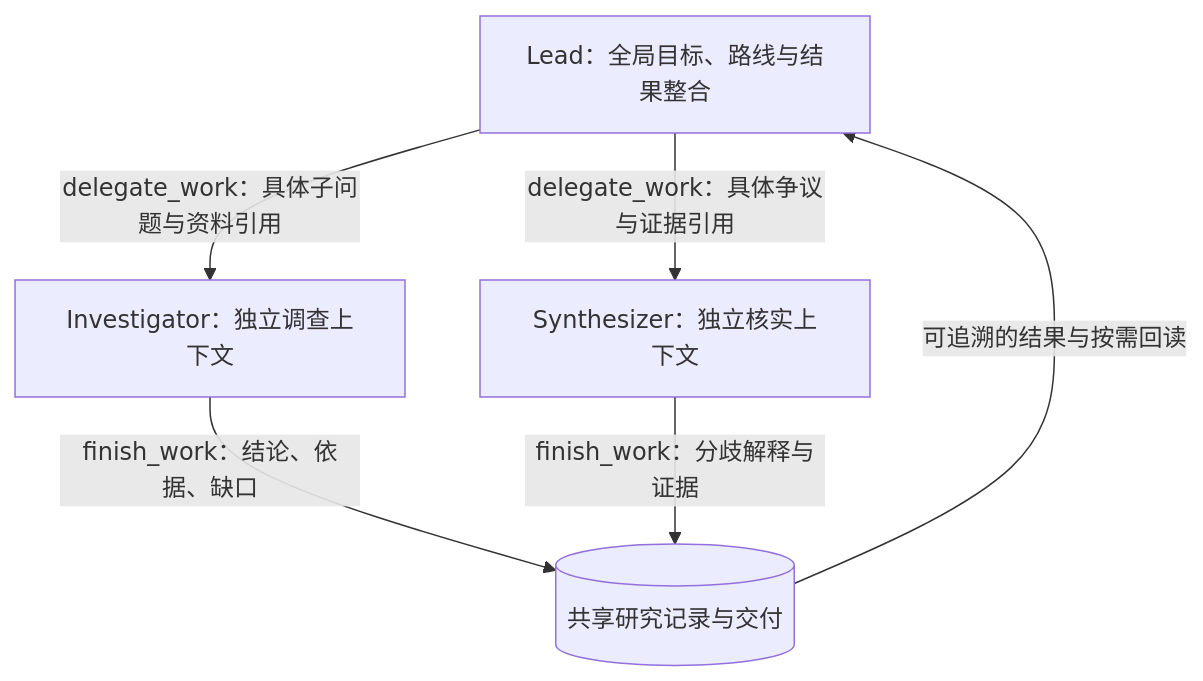
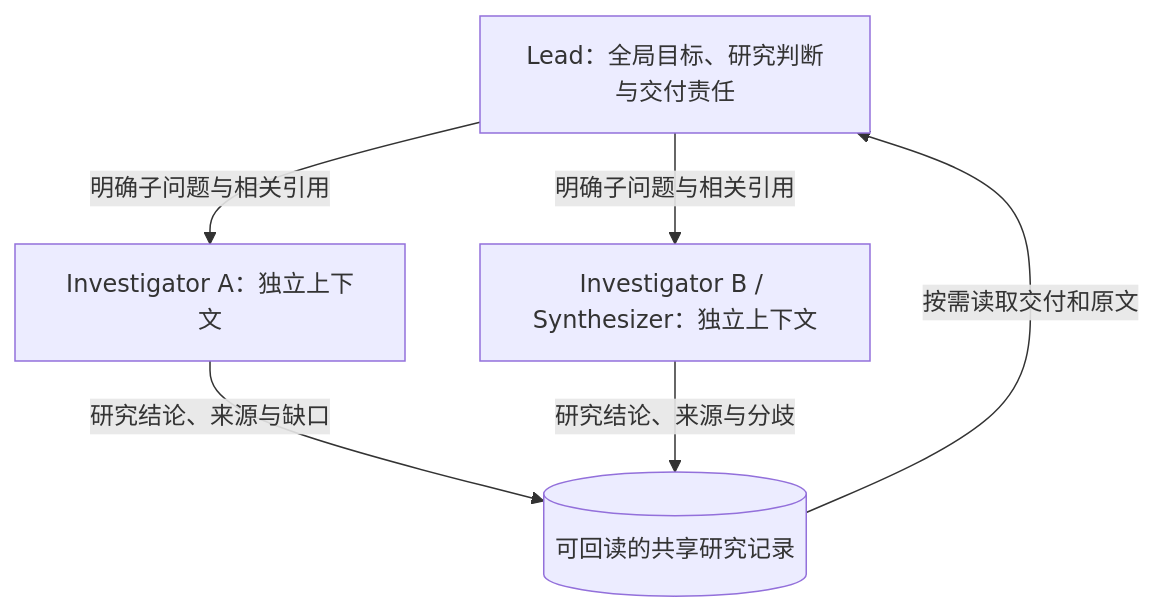
Before and after one commit to studyzhige-ui/Epivra: the third of 5 diagrams in docs/technical-handbook/01-overview.md, drawn with Mermaid. The commit also changed other lines of this file, not shown here.

Commit message:
docs: revise chapter 01 for architecture reasoning, interview depth and clean chapter boundaries

````diff
--- a/docs/technical-handbook/01-overview.md
+++ b/docs/technical-handbook/01-overview.md
@@ -123,9 +96,9 @@
 ```mermaid
 flowchart TD
-    L["Lead：全局目标、路线与结果整合"]
-    L -->|"delegate_work：具体子问题与资料引用"| A["Investigator：独立调查上下文"]
-    L -->|"delegate_work：具体争议与证据引用"| B["Synthesizer：独立核实上下文"]
-    A -->|"finish_work：结论、依据、缺口"| W[("共享研究记录与交付")]
-    B -->|"finish_work：分歧解释与证据"| W
-    W -->|"可追溯的结果与按需回读"| L
+    L["Lead：全局目标、研究判断与交付责任"]
+    L -->|"明确子问题与相关引用"| A["Investigator A：独立上下文"]
+    L -->|"明确子问题与相关引用"| B["Investigator B / Synthesizer：独立上下文"]
+    A -->|"研究结论、来源与缺口"| R[("可回读的共享研究记录")]
+    B -->|"研究结论、来源与分歧"| R
+    R -->|"按需读取交付和原文"| L
 ```
````
